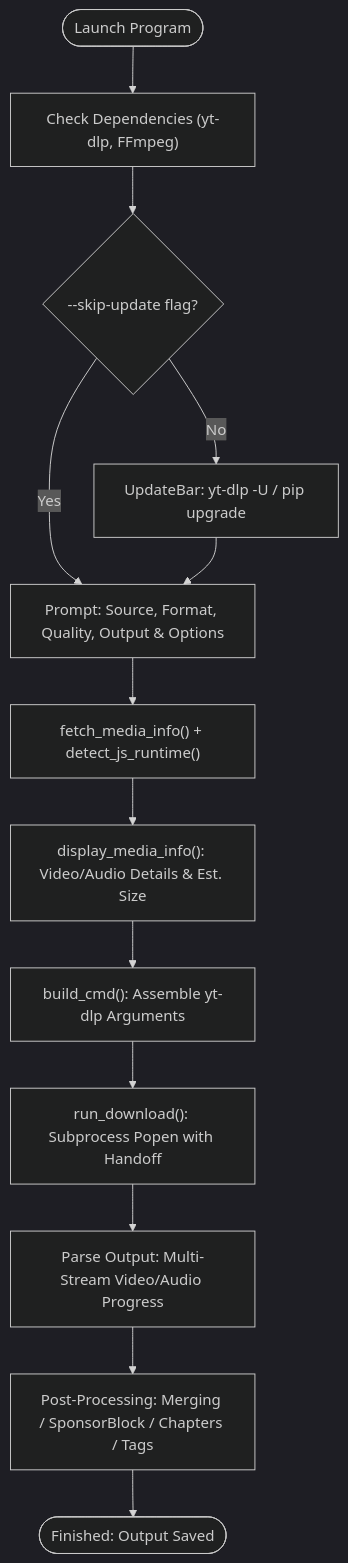
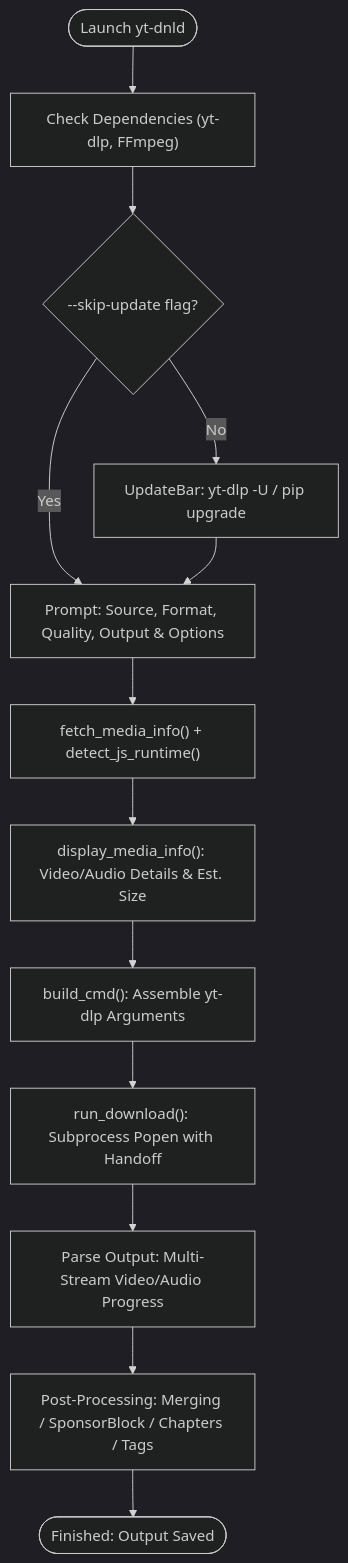
The diagram in README.md (17Arigato-jwd/youtube-downloader), drawn with Mermaid (dark theme) before and after one commit. The commit also changed other lines of this file and 4 other files, not shown here.

````diff
--- a/README.md
+++ b/README.md
@@ -277,15 +459,15 @@
 ```mermaid
 flowchart TD
-    Start(["Launch Program"]) --> Deps["Check Dependencies (yt-dlp, FFmpeg)"]
+    Start(["Launch yt-dnld"]) --> Deps["Check Dependencies (yt-dlp, FFmpeg)"]
     Deps --> UpdateCheck{"--skip-update flag?"}
     UpdateCheck -- No --> DoUpdate["UpdateBar: yt-dlp -U / pip upgrade"]
     UpdateCheck -- Yes --> UserInput
     DoUpdate --> UserInput["Prompt: Source, Format, Quality, Output & Options"]
     UserInput --> FetchInfo["fetch_media_info() + detect_js_runtime()"]
     FetchInfo --> DisplayMeta["display_media_info(): Video/Audio Details & Est. Size"]
     DisplayMeta --> BuildCommand["build_cmd(): Assemble yt-dlp Arguments"]
     BuildCommand --> RunDownload["run_download(): Subprocess Popen with Handoff"]
     RunDownload --> ParseStreams["Parse Output: Multi-Stream Video/Audio Progress"]
     ParseStreams --> PostProc["Post-Processing: Merging / SponsorBlock / Chapters / Tags"]
     PostProc --> Complete(["Finished: Output Saved"])
 ```
````
